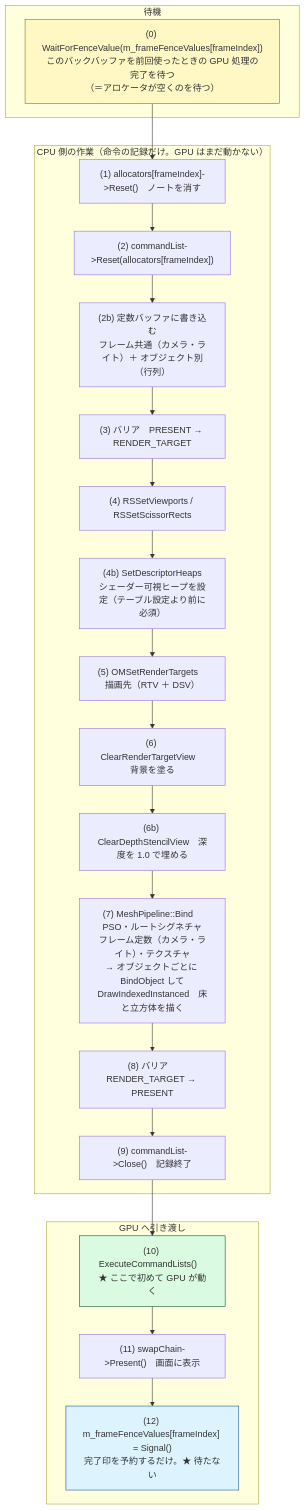
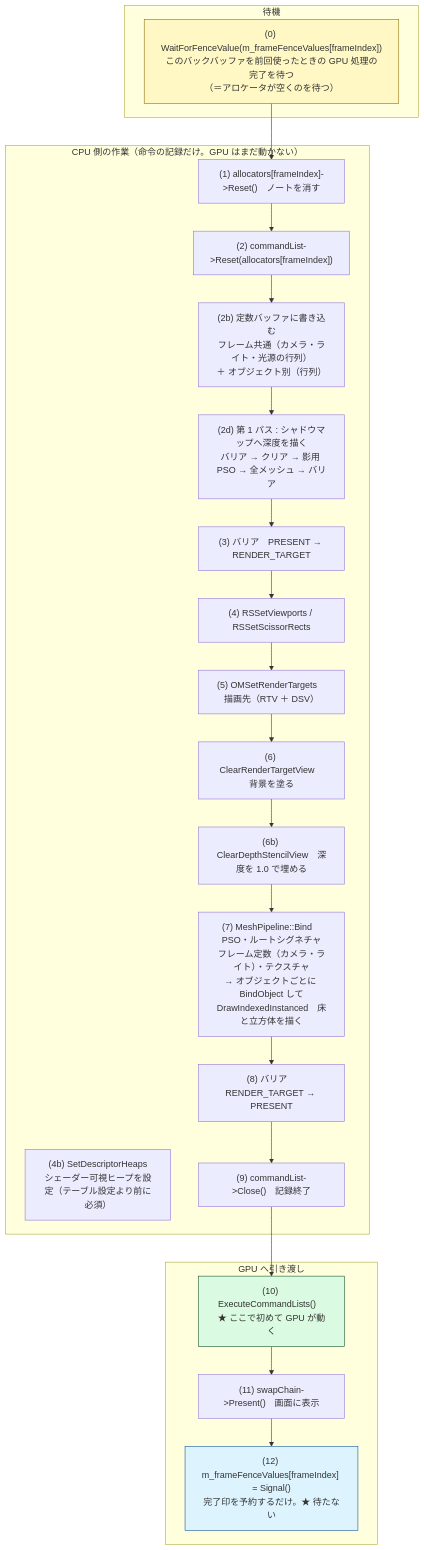
One commit to Tomonorarari-Think/DirectX12Dev changed the third of 4 diagrams in docs/design/描画フロー.md. Above: the diagram before and after it, drawn with Mermaid. The commit also changed other lines of this file and 19 other files, not shown here.

````diff
--- a/docs/design/描画フロー.md
+++ b/docs/design/描画フロー.md
@@ -107,36 +108,37 @@
 ```mermaid
 flowchart TD
     subgraph WAIT["待機"]
         W0["(0) WaitForFenceValue(m_frameFenceValues[frameIndex])<br/>このバックバッファを前回使ったときの GPU 処理の完了を待つ<br/>（＝アロケータが空くのを待つ）"]
     end
 
     subgraph CPU["CPU 側の作業（命令の記録だけ。GPU はまだ動かない）"]
         C1["(1) allocators[frameIndex]->Reset()　ノートを消す"]
         C2["(2) commandList->Reset(allocators[frameIndex])"]
-        C2b["(2b) 定数バッファに書き込む<br/>フレーム共通（カメラ・ライト）＋ オブジェクト別（行列）"]
+        C2b["(2b) 定数バッファに書き込む<br/>フレーム共通（カメラ・ライト・光源の行列）<br/>＋ オブジェクト別（行列）"]
+        C2d["(2d) 第 1 パス : シャドウマップへ深度を描く<br/>バリア → クリア → 影用 PSO → 全メッシュ → バリア"]
         C3["(3) バリア　PRESENT → RENDER_TARGET"]
         C4["(4) RSSetViewports / RSSetScissorRects"]
         C4b["(4b) SetDescriptorHeaps<br/>シェーダー可視ヒープを設定（テーブル設定より前に必須）"]
         C5["(5) OMSetRenderTargets　描画先（RTV ＋ DSV）"]
         C6["(6) ClearRenderTargetView　背景を塗る"]
         C6b["(6b) ClearDepthStencilView　深度を 1.0 で埋める"]
         C7["(7) MeshPipeline::Bind　PSO・ルートシグネチャ<br/>フレーム定数（カメラ・ライト）・テクスチャ<br/>→ オブジェクトごとに BindObject して<br/>DrawIndexedInstanced　床と立方体を描く"]
         C8["(8) バリア　RENDER_TARGET → PRESENT"]
         C9["(9) commandList->Close()　記録終了"]
-        C1 --> C2 --> C2b --> C3 --> C4 --> C4b --> C5 --> C6 --> C6b --> C7 --> C8 --> C9
+        C1 --> C2 --> C2b --> C2d --> C3 --> C4 --> C5 --> C6 --> C6b --> C7 --> C8 --> C9
     end
 
     subgraph GPU["GPU へ引き渡し"]
         G10["(10) ExecuteCommandLists()　★ ここで初めて GPU が動く"]
         G11["(11) swapChain->Present()　画面に表示"]
         G12["(12) m_frameFenceValues[frameIndex] = Signal()<br/>完了印を予約するだけ。★ 待たない"]
         G10 --> G11 --> G12
     end
 
     W0 --> C1
     C9 --> G10
 
     style W0 fill:#fff8c5,stroke:#8a6d00
     style G10 fill:#dafbe1,stroke:#0d4f21
     style G12 fill:#ddf4ff,stroke:#0a4f9e
 ```
````
